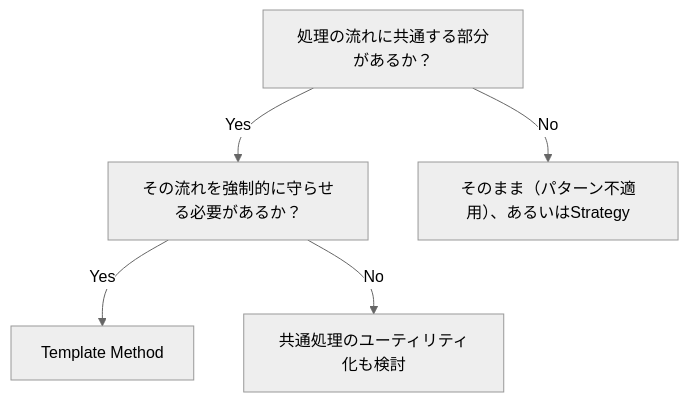
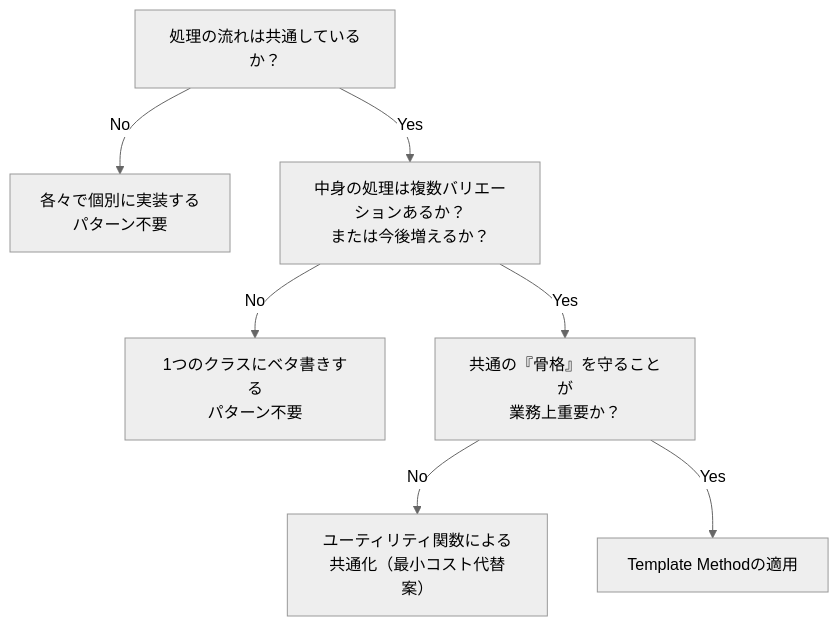
One commit to kumachan1101-pixel/DesignPattern changed the fourth of 6 diagrams in kindle/design-patterns/output/chapter04.md. Above: the diagram before and after it, drawn with Mermaid (neutral theme). The commit also changed other lines of this file and 1 other file, not shown here.

````diff
--- a/kindle/design-patterns/output/chapter04.md
+++ b/kindle/design-patterns/output/chapter04.md
@@ -550,7 +727,9 @@
 ```mermaid
-flowchart TD
-    A[処理の流れに共通する部分があるか？] -->|Yes| B[その流れを強制的に守らせる必要があるか？]
-    A -->|No| C[そのまま（パターン不適用）、あるいはStrategy]
-    B -->|Yes| D[Template Method]
-    B -->|No| E[共通処理のユーティリティ化も検討]
+graph TD
+    A[処理の流れは共通しているか？] -->|No| B[各々で個別に実装する<br>パターン不要]
+    A -->|Yes| C[中身の処理は複数バリエーションあるか？<br>または今後増えるか？]
+    C -->|No| D[1つのクラスにベタ書きする<br>パターン不要]
+    C -->|Yes| E[共通の『骨格』を守ることが<br>業務上重要か？]
+    E -->|No| F[ユーティリティ関数による<br>共通化（最小コスト代替案）]
+    E -->|Yes| G[Template Methodの適用]
 ```
````
